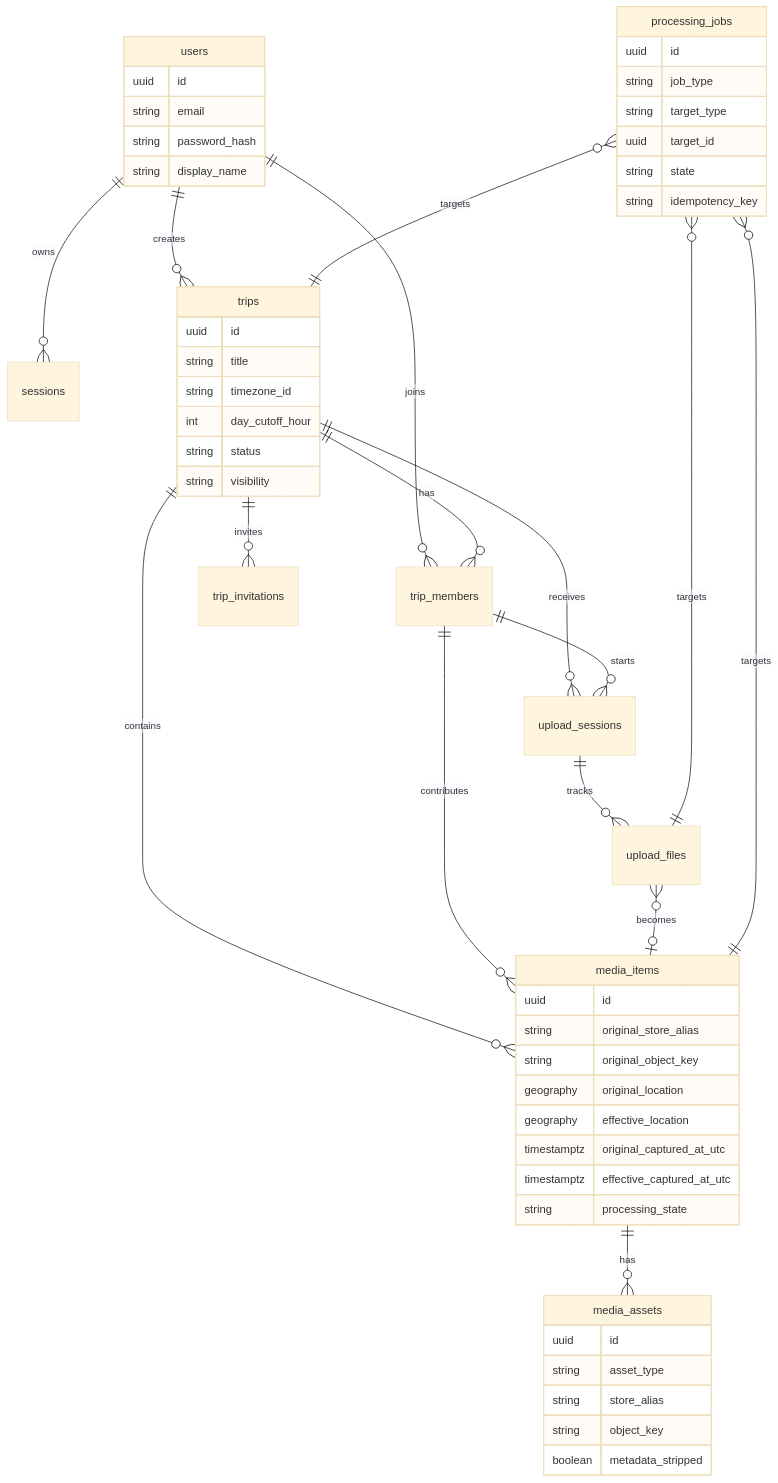
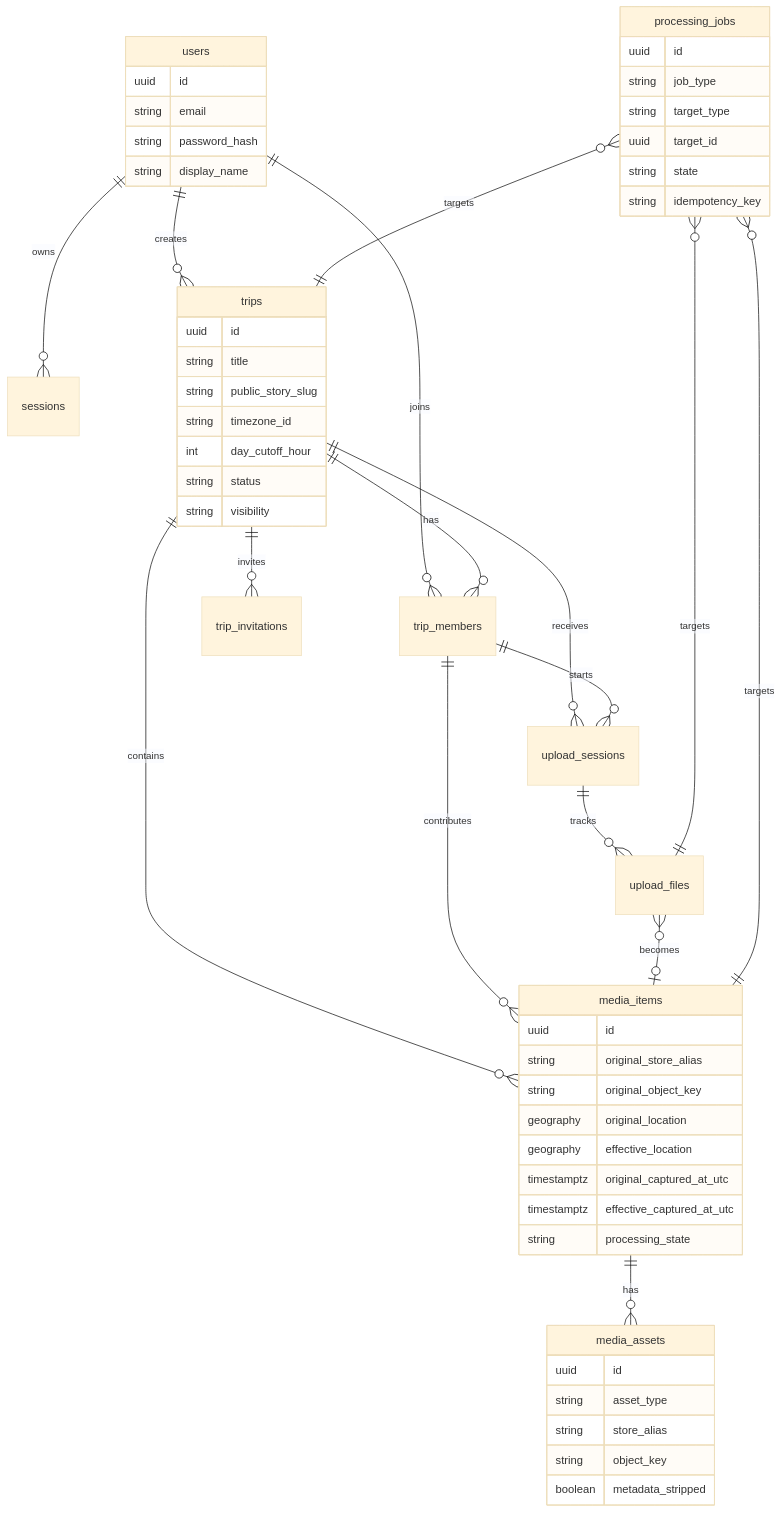
The first of 2 diagrams in docs/domain-model.md (space-needle/TripWeave), drawn with Mermaid (base theme) before and after one commit. The commit also changed other lines of this file and 13 other files, not shown here.

````diff
--- a/docs/domain-model.md
+++ b/docs/domain-model.md
@@ -29,58 +29,59 @@
 ```mermaid
 erDiagram
     users ||--o{ sessions : owns
     users ||--o{ trips : creates
     users ||--o{ trip_members : joins
     trips ||--o{ trip_members : has
     trips ||--o{ trip_invitations : invites
     trips ||--o{ upload_sessions : receives
     trip_members ||--o{ upload_sessions : starts
     upload_sessions ||--o{ upload_files : tracks
     trips ||--o{ media_items : contains
     trip_members ||--o{ media_items : contributes
     upload_files }o--o| media_items : becomes
     media_items ||--o{ media_assets : has
     processing_jobs }o--|| upload_files : targets
     processing_jobs }o--|| media_items : targets
     processing_jobs }o--|| trips : targets
 
     users {
         uuid id
         string email
         string password_hash
         string display_name
     }
     trips {
         uuid id
         string title
+        string public_story_slug
         string timezone_id
         int day_cutoff_hour
         string status
         string visibility
     }
     media_items {
         uuid id
         string original_store_alias
         string original_object_key
         geography original_location
         geography effective_location
         timestamptz original_captured_at_utc
         timestamptz effective_captured_at_utc
         string processing_state
     }
     media_assets {
         uuid id
         string asset_type
         string store_alias
         string object_key
         boolean metadata_stripped
     }
     processing_jobs {
         uuid id
         string job_type
         string target_type
         uuid target_id
         string state
         string idempotency_key
     }
 ```
````
